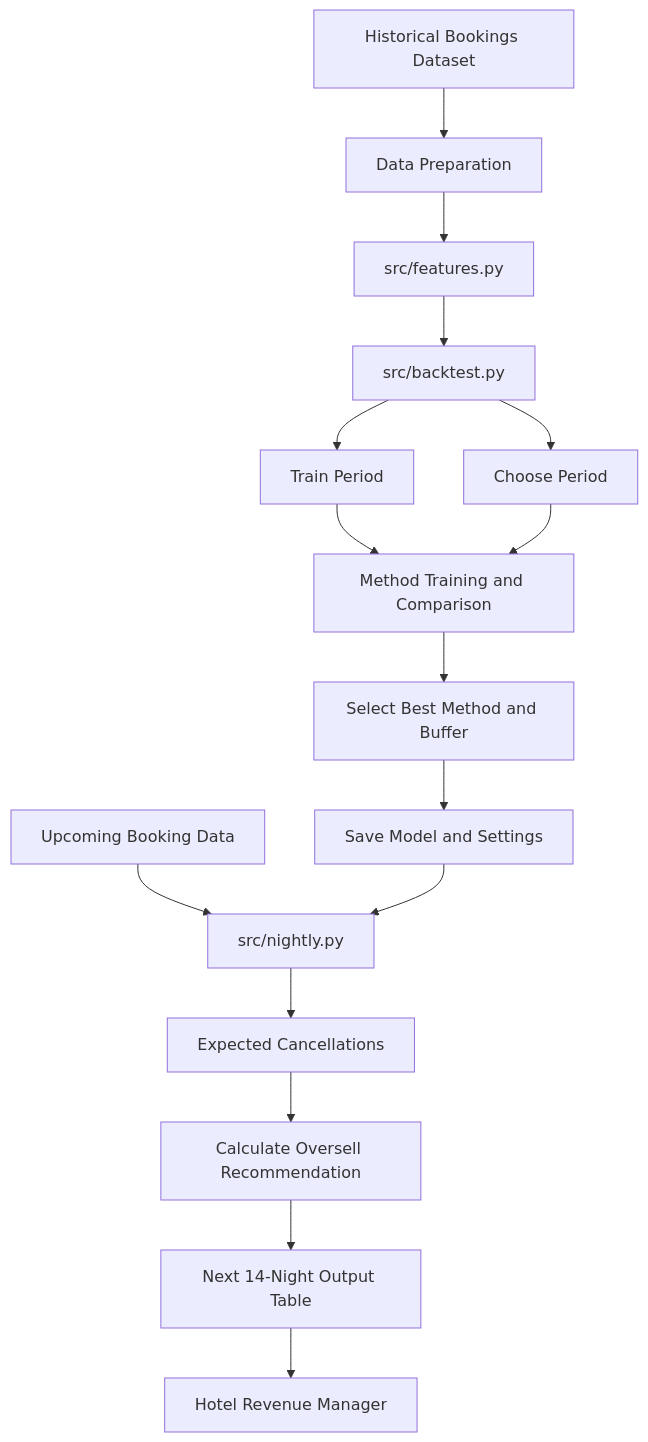
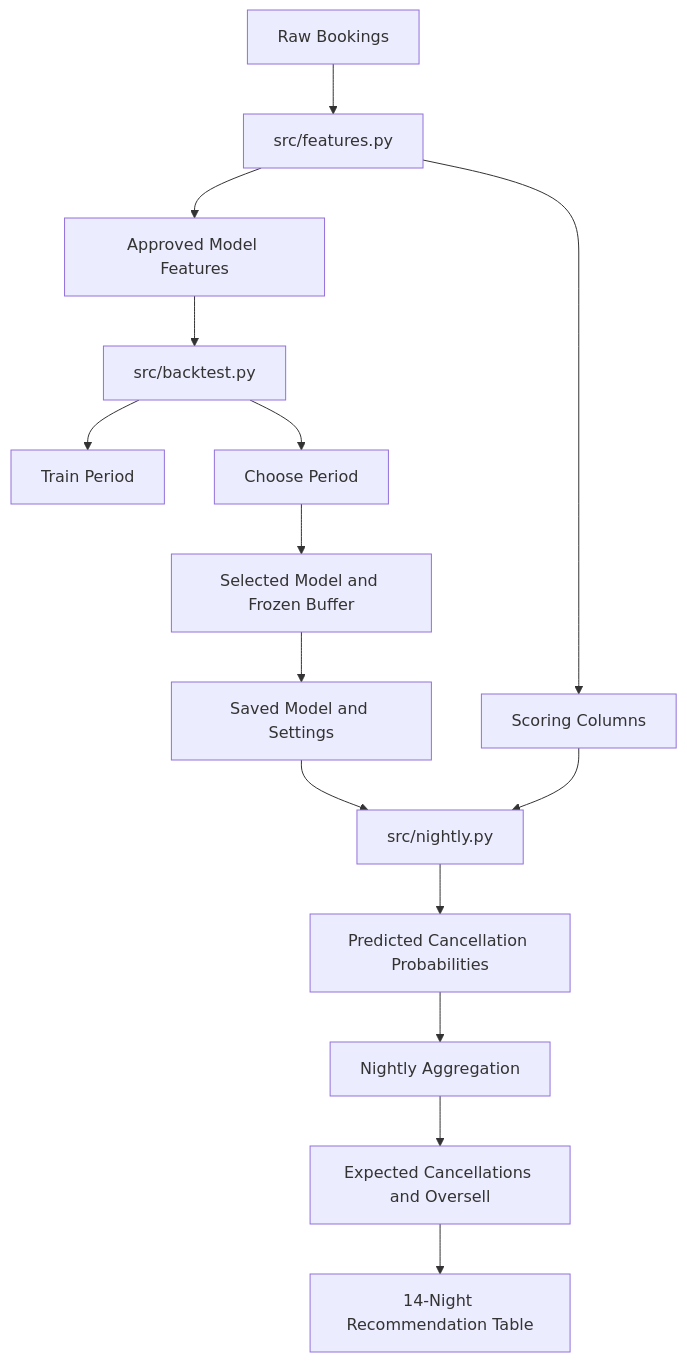
The second of 2 diagrams in docs/PRD.md (hashincludeaayush/Project_Oversell_IITGN), drawn with Mermaid before and after one commit. The commit also changed other lines of this file and 5 other files, not shown here.

````diff
--- a/docs/PRD.md
+++ b/docs/PRD.md
@@ -100,22 +245,17 @@
 ```mermaid
 flowchart TD
-    A["Historical Bookings Dataset"] --> B["Data Preparation"]
-    B --> C["src/features.py"]
-    C --> D["src/backtest.py"]
-
-    D --> E["Train Period"]
-    D --> F["Choose Period"]
-    E --> G["Method Training and Comparison"]
-    F --> G
-
-    G --> H["Select Best Method and Buffer"]
-    H --> I["Save Model and Settings"]
-
-    J["Upcoming Booking Data"] --> K["src/nightly.py"]
-    I --> K
-
-    K --> L["Expected Cancellations"]
-    L --> M["Calculate Oversell Recommendation"]
-    M --> N["Next 14-Night Output Table"]
-    N --> O["Hotel Revenue Manager"]
+    A[Raw Bookings] --> B[src/features.py]
+    B --> C[Approved Model Features]
+    B --> D[Scoring Columns]
+    C --> E[src/backtest.py]
+    E --> F[Train Period]
+    E --> G[Choose Period]
+    G --> H[Selected Model and Frozen Buffer]
+    H --> I[Saved Model and Settings]
+    I --> J[src/nightly.py]
+    D --> J
+    J --> K[Predicted Cancellation Probabilities]
+    K --> L[Nightly Aggregation]
+    L --> M[Expected Cancellations and Oversell]
+    M --> N[14-Night Recommendation Table]
 ```
````
